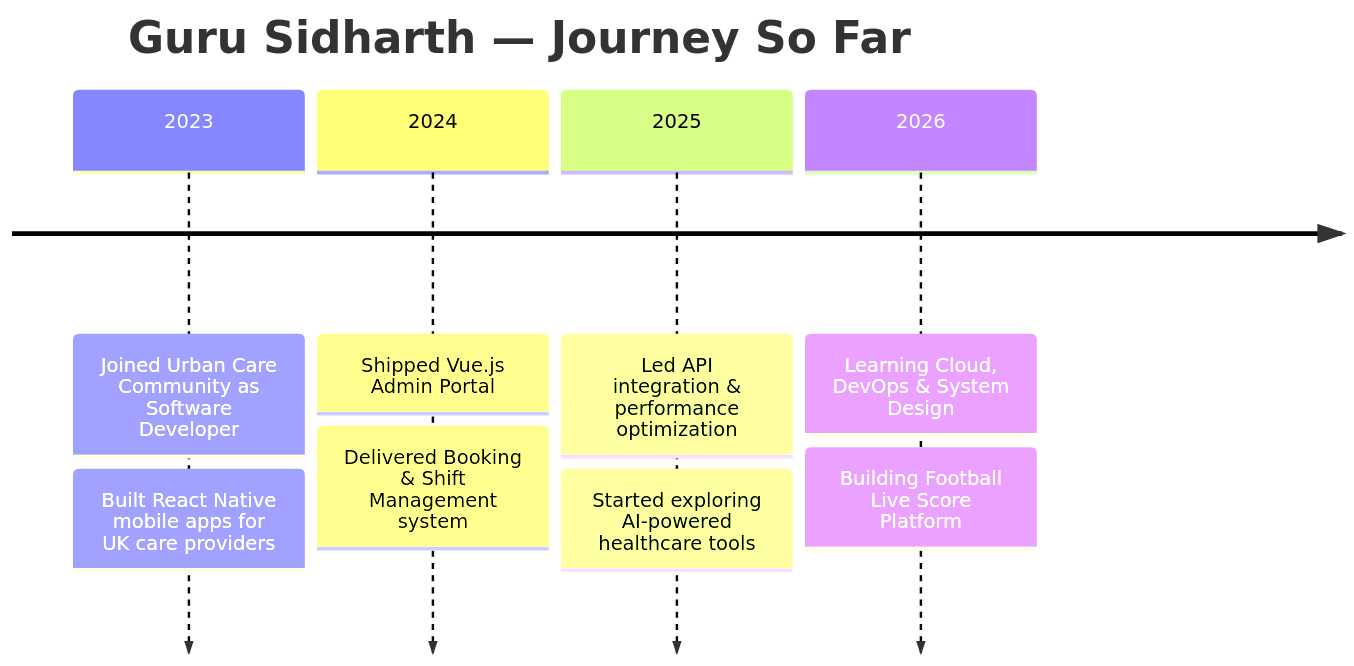
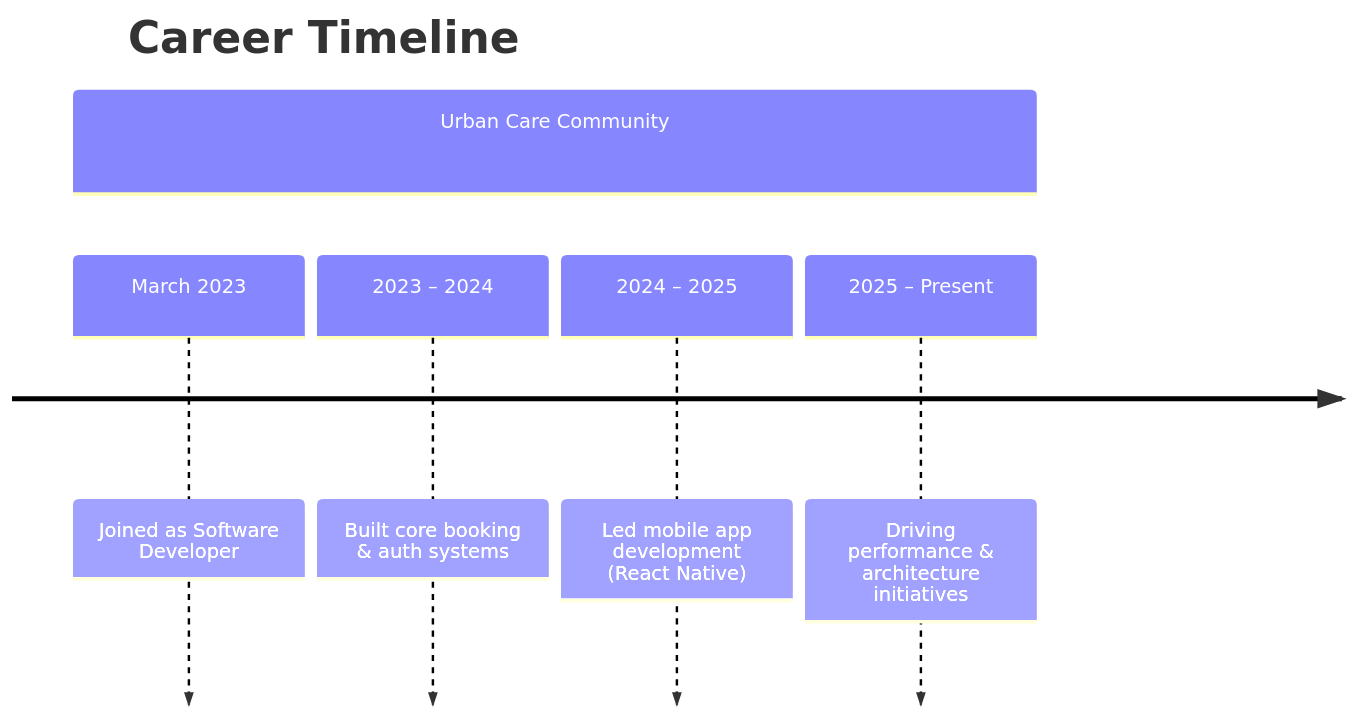
One commit to gurusidharth/gurusidharth changed the diagram in README.md. Above: the diagram before and after it, drawn with Mermaid. The commit also changed other lines of this file, not shown here.

````diff
--- a/README.md
+++ b/README.md
@@ -196,12 +110,9 @@
 ```mermaid
 timeline
-    title Guru Sidharth — Journey So Far
-    2023 : Joined Urban Care Community as Software Developer
-         : Built React Native mobile apps for UK care providers
-    2024 : Shipped Vue.js Admin Portal
-         : Delivered Booking & Shift Management system
-    2025 : Led API integration & performance optimization
-         : Started exploring AI-powered healthcare tools
-    2026 : Learning Cloud, DevOps & System Design
-         : Building Football Live Score Platform
+    title Career Timeline
+    section Urban Care Community
+        March 2023 : Joined as Software Developer
+        2023 – 2024 : Built core booking & auth systems
+        2024 – 2025 : Led mobile app development (React Native)
+        2025 – Present : Driving performance & architecture initiatives
 ```
````
